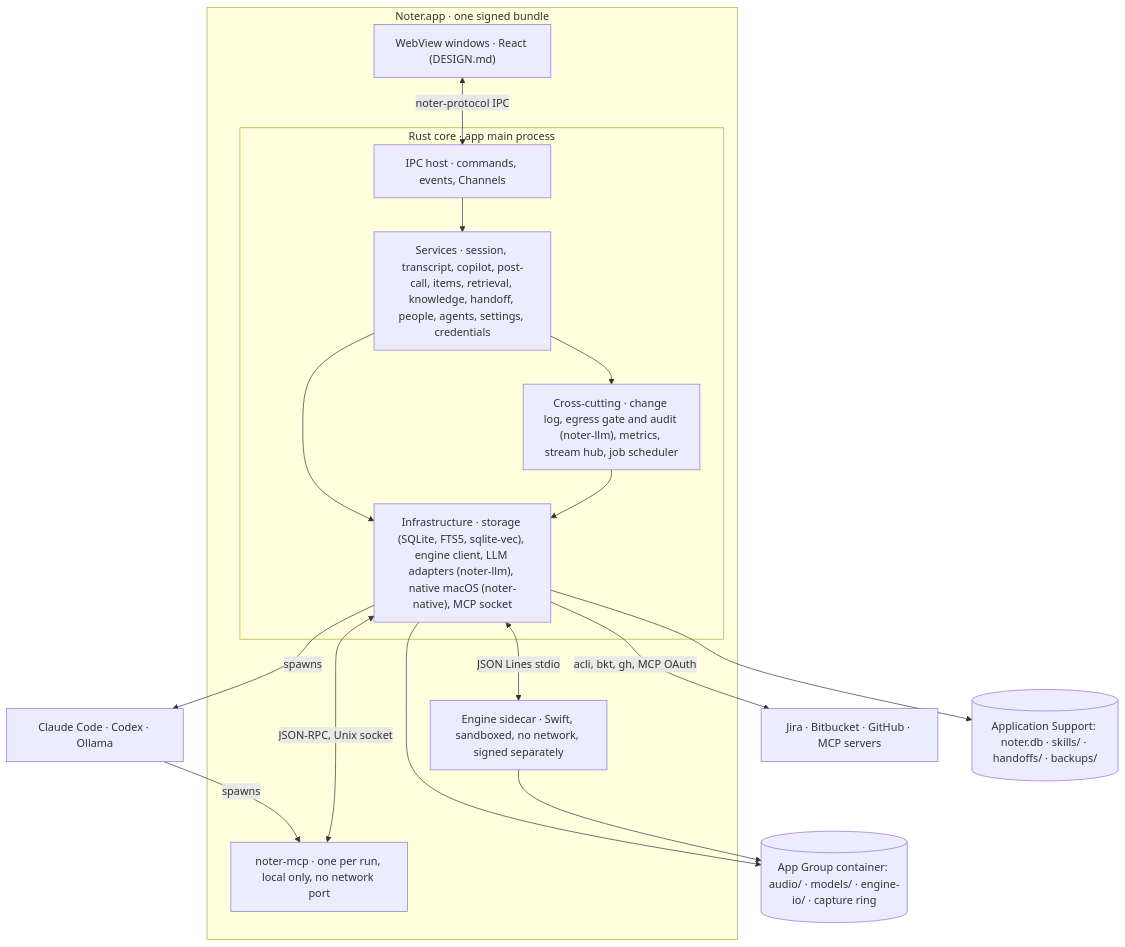
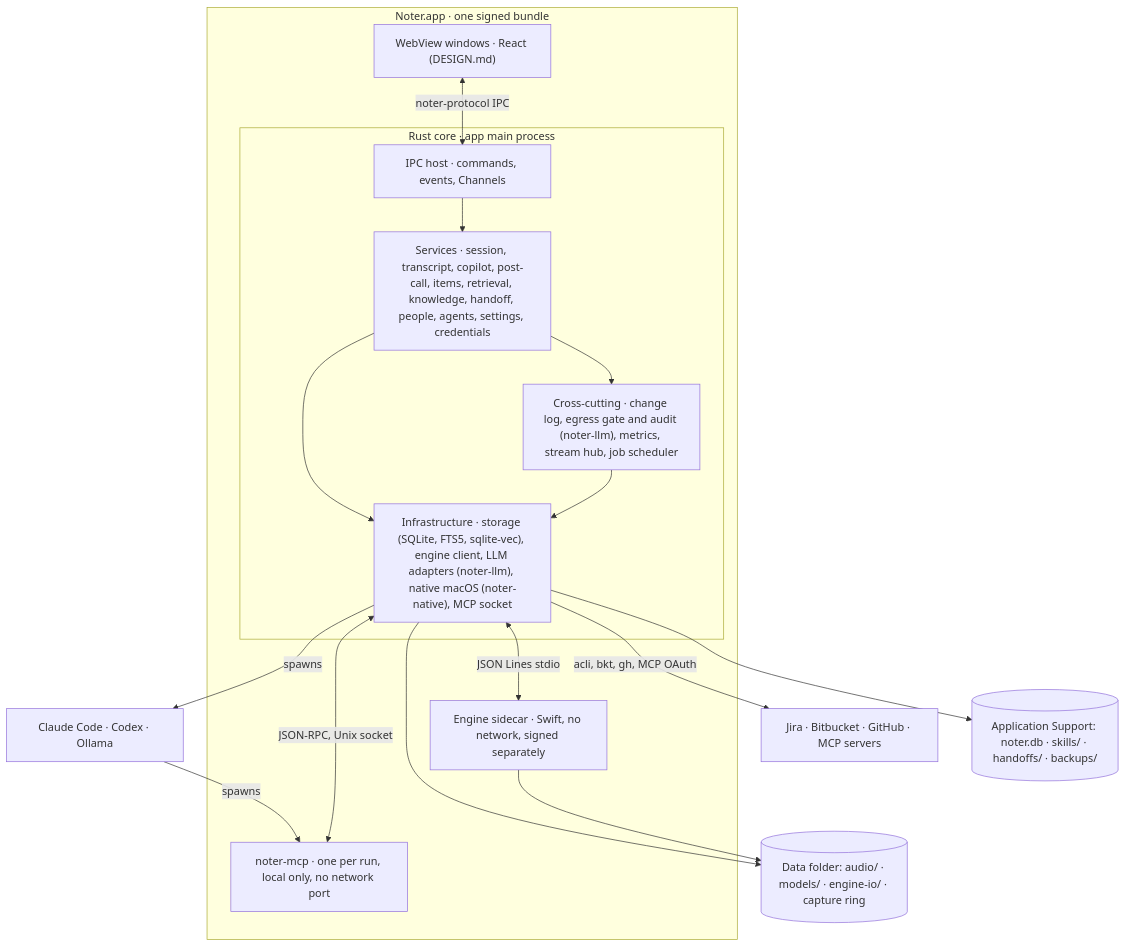
One commit to getahead/noter changed the first of 13 diagrams in docs/DESIGN-core.md. Above: the diagram before and after it, drawn with Mermaid. The commit also changed other lines of this file and 50 other files, not shown here.

First line of the commit message:
fix(macos): drop the App Group and the engine sandbox for ad-hoc releases (#1095)

````diff
--- a/docs/DESIGN-core.md
+++ b/docs/DESIGN-core.md
@@ -132,31 +132,31 @@
 ```mermaid
 flowchart TB
     subgraph app["Noter.app · one signed bundle"]
         ui["WebView windows · React (DESIGN.md)"]
         subgraph core["Rust core · app main process"]
             ipc["IPC host · commands, events, Channels"]
             svc["Services · session, transcript, copilot, post-call, items, retrieval, knowledge, handoff, people, agents, settings, credentials"]
             cross["Cross-cutting · change log, egress gate and audit (noter-llm), metrics, stream hub, job scheduler"]
             infra["Infrastructure · storage (SQLite, FTS5, sqlite-vec), engine client, LLM adapters (noter-llm), native macOS (noter-native), MCP socket"]
         end
-        engine["Engine sidecar · Swift, sandboxed, no network, signed separately"]
+        engine["Engine sidecar · Swift, no network, signed separately"]
         mcp["noter-mcp · one per run, local only, no network port"]
     end
     cli["Claude Code · Codex · Ollama"]
     ext["Jira · Bitbucket · GitHub · MCP servers"]
     files[("Application Support: noter.db · skills/ · handoffs/ · backups/")]
-    group[("App Group container: audio/ · models/ · engine-io/ · capture ring")]
+    group[("Data folder: audio/ · models/ · engine-io/ · capture ring")]
     ui <-->|"noter-protocol IPC"| ipc
     ipc --> svc
     svc --> cross
     svc --> infra
     cross --> infra
     infra <-->|"JSON Lines stdio"| engine
     infra -->|"spawns"| cli
     cli -->|"spawns"| mcp
     mcp <-->|"JSON-RPC, Unix socket"| infra
     infra --> files
     infra --> group
     engine --> group
     infra -->|"acli, bkt, gh, MCP OAuth"| ext
 ```
````
